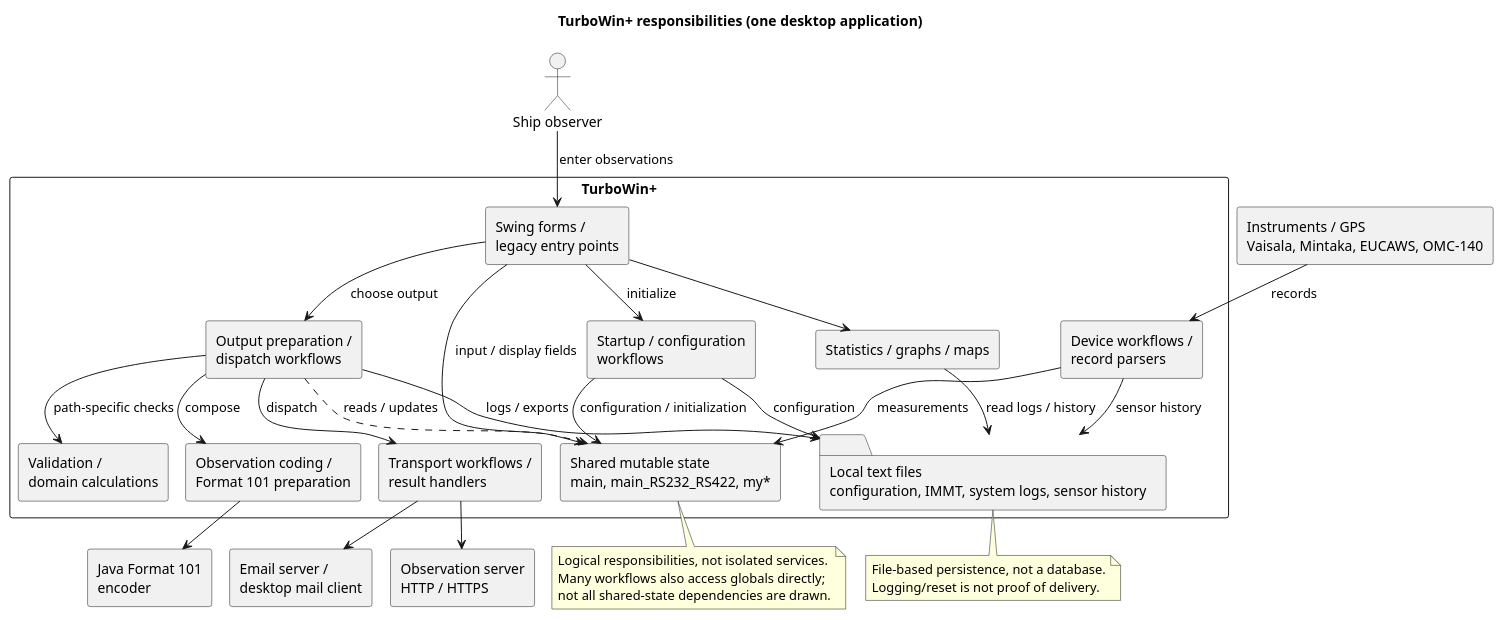
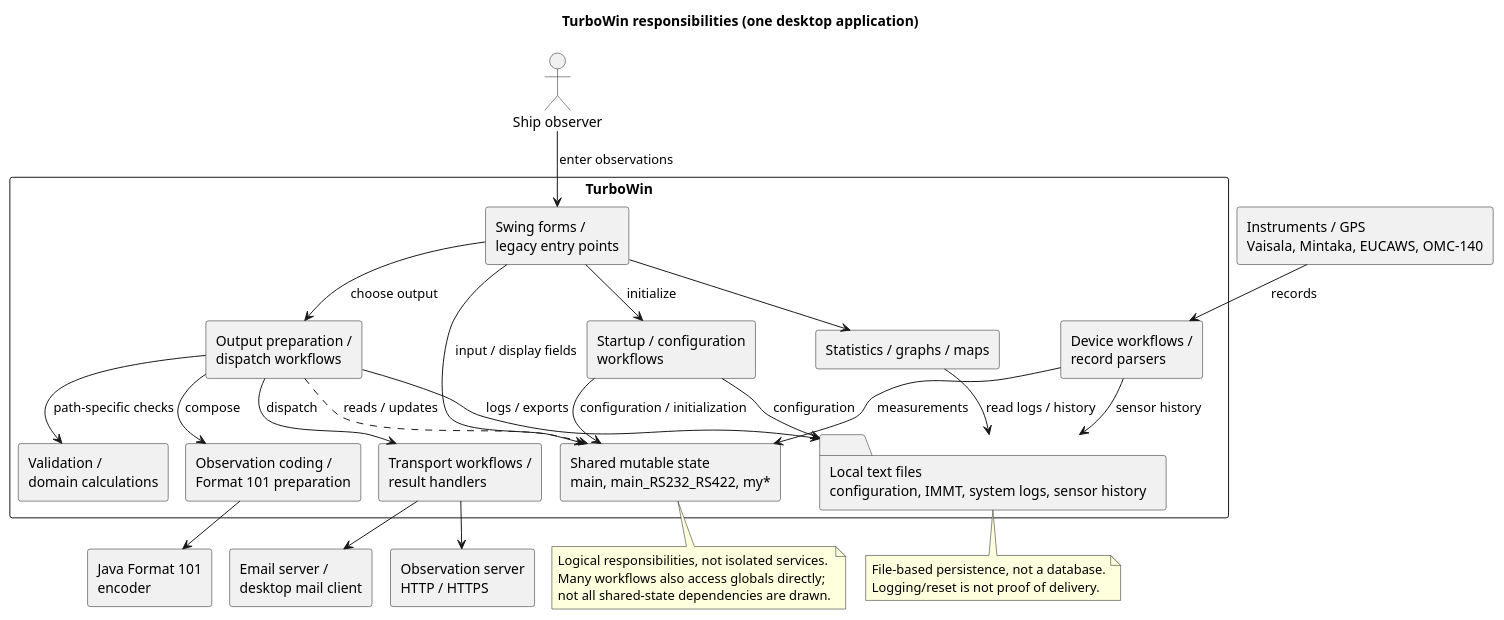
The diagram in documentation/images/05_building_block_view.puml (DeutscherWetterdienst/turbowin), drawn with PlantUML before and after one commit. The commit also changed 74 other files, not shown here.

Commit message:
Rename product to TurboWin

```diff
--- a/documentation/images/05_building_block_view.puml
+++ b/documentation/images/05_building_block_view.puml
@@ -1,57 +1,57 @@
 @startuml
 !pragma layout smetana
 skinparam componentStyle rectangle
 top to bottom direction
-title TurboWin+ responsibilities (one desktop application)
+title TurboWin responsibilities (one desktop application)
 
 actor "Ship observer" as Observer
 component "Instruments / GPS\nVaisala, Mintaka, EUCAWS, OMC-140" as Sensors
 component "Email server /\ndesktop mail client" as Email
 component "Observation server\nHTTP / HTTPS" as HTTP
 component "Java Format 101\nencoder" as Format101
 
-component "TurboWin+" as TurboWin {
+component "TurboWin" as TurboWin {
   component "Swing forms /\nlegacy entry points" as UI
   component "Startup / configuration\nworkflows" as Startup
   component "Device workflows /\nrecord parsers" as Acquisition
   component "Shared mutable state\nmain, main_RS232_RS422, my*" as State
   component "Output preparation /\ndispatch workflows" as Output
   component "Validation /\ndomain calculations" as Validation
   component "Observation coding /\nFormat 101 preparation" as Coding
   component "Transport workflows /\nresult handlers" as Transport
   component "Statistics / graphs / maps" as Views
   folder "Local text files\nconfiguration, IMMT, system logs, sensor history" as Files
 }
 
 Observer --> UI : enter observations
 Sensors --> Acquisition : records
 UI --> Startup : initialize
 Startup --> State : configuration / initialization
 UI --> State : input / display fields
 Acquisition --> State : measurements
 Acquisition --> Files : sensor history
 UI --> Output : choose output
 Output ..> State : reads / updates
 Output --> Validation : path-specific checks
 Output --> Coding : compose
 Output --> Transport : dispatch
 Output --> Files : logs / exports
 Startup --> Files : configuration
 UI --> Views
 Views --> Files : read logs / history
 Transport --> Email
 Transport --> HTTP
 Coding --> Format101
 
 note bottom of State
   Logical responsibilities, not isolated services.
   Many workflows also access globals directly;
   not all shared-state dependencies are drawn.
 end note
 
 note bottom of Files
   File-based persistence, not a database.
   Logging/reset is not proof of delivery.
 end note
 
 @enduml
```
